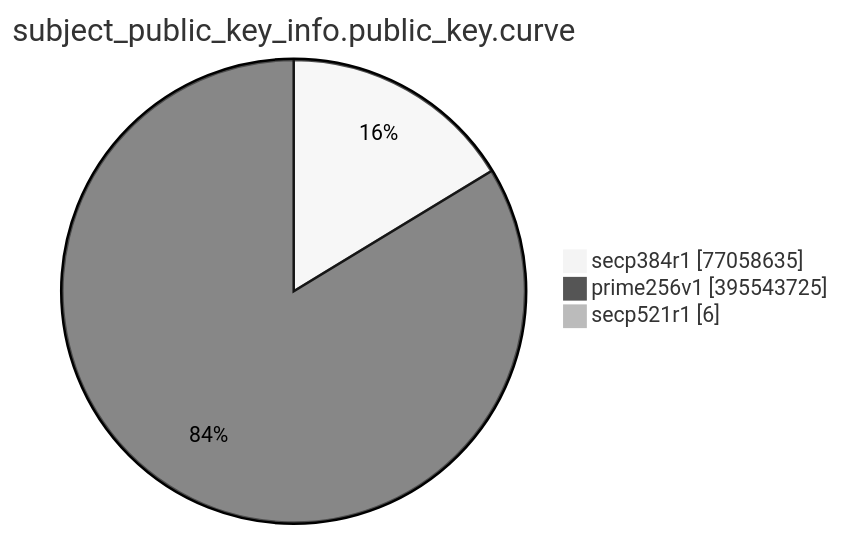
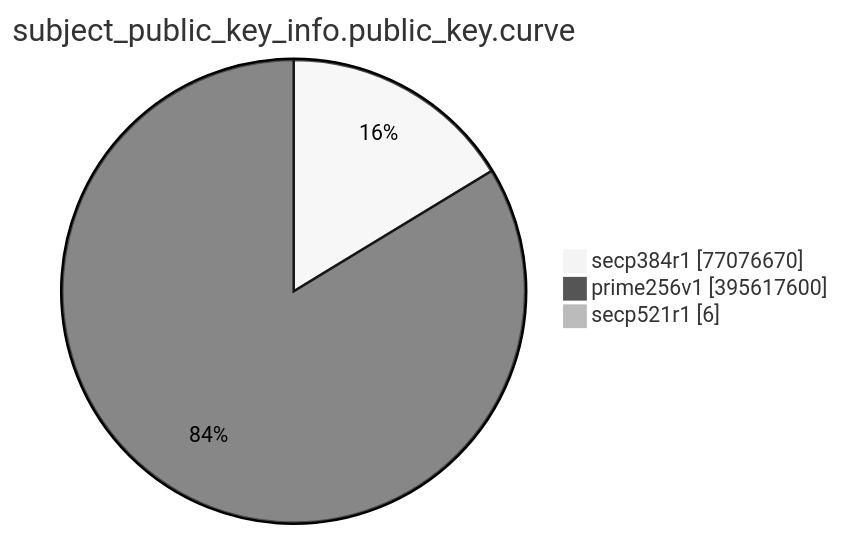
Before and after one commit to christiankrug/ctmonitor_visualization: the eighth of 15 diagrams in TOTAL/README.md, drawn with Mermaid (neutral theme). The commit also changed other lines of this file, not shown here.

````diff
--- a/TOTAL/README.md
+++ b/TOTAL/README.md
@@ -3094,7 +3094,7 @@
 ```mermaid
 pie showData
 title subject_public_key_info.public_key.curve
-"secp384r1" :77058635
-"prime256v1" :395543725
+"secp384r1" :77076670
+"prime256v1" :395617600
 "secp521r1" :6
 ```
````
